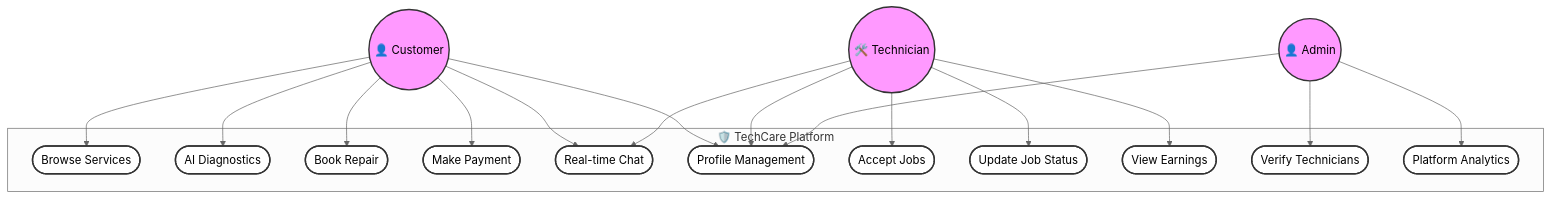
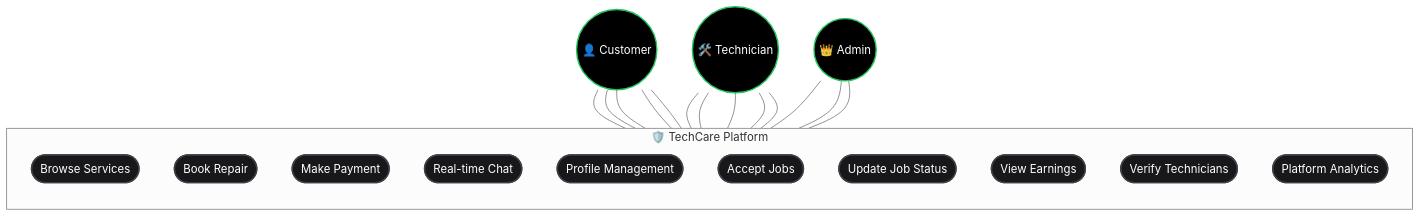
The sixth of 12 diagrams in README.md (Irchika774/Tech-Care_official), drawn with Mermaid (neutral theme) before and after one commit. The commit also changed other lines of this file, not shown here.

Commit message:
docs: fix diagrams rendering and remove AI Diagnostics mentions

````diff
--- a/README.md
+++ b/README.md
@@ -384,40 +326,40 @@
 ```mermaid
 graph TD
-    classDef actor fill:#f9f,stroke:#333,stroke-width:2px;
-    classDef usecase fill:#fff,stroke:#333,stroke-width:2px,rx:20,ry:20;
+    %% Use clearer styling for better text visibility
+    classDef actor fill:#000,stroke:#22C55E,stroke-width:2px,color:#fff;
+    classDef usecase fill:#18181B,stroke:#3F3F46,stroke-width:2px,color:#fff,rx:20,ry:20;
 
-    Customer((👤 Customer)):::actor
-    Technician((🛠️ Technician)):::actor
-    Admin((👤 Admin)):::actor
+    CUS((👤 Customer)):::actor
+    TEC((🛠️ Technician)):::actor
+    ADM((👑 Admin)):::actor
 
     subgraph Platform["🛡️ TechCare Platform"]
+        direction TB
         UC1([Browse Services]):::usecase
-        UC2([AI Diagnostics]):::usecase
         UC3([Book Repair]):::usecase
         UC4([Make Payment]):::usecase
         UC5([Real-time Chat]):::usecase
         UC6([Profile Management]):::usecase
         UC7([Accept Jobs]):::usecase
         UC8([Update Job Status]):::usecase
         UC9([View Earnings]):::usecase
         UC10([Verify Technicians]):::usecase
         UC11([Platform Analytics]):::usecase
     end
 
-    Customer --> UC1
-    Customer --> UC2
-    Customer --> UC3
-    Customer --> UC4
-    Customer --> UC5
-    Customer --> UC6
+    CUS --- UC1
+    CUS --- UC3
+    CUS --- UC4
+    CUS --- UC5
+    CUS --- UC6
 
-    Technician --> UC7
-    Technician --> UC8
-    Technician --> UC9
-    Technician --> UC5
-    Technician --> UC6
+    TEC --- UC7
+    TEC --- UC8
+    TEC --- UC9
+    TEC --- UC5
+    TEC --- UC6
 
-    Admin --> UC10
-    Admin --> UC11
-    Admin --> UC6
+    ADM --- UC10
+    ADM --- UC11
+    ADM --- UC6
 ```
````
